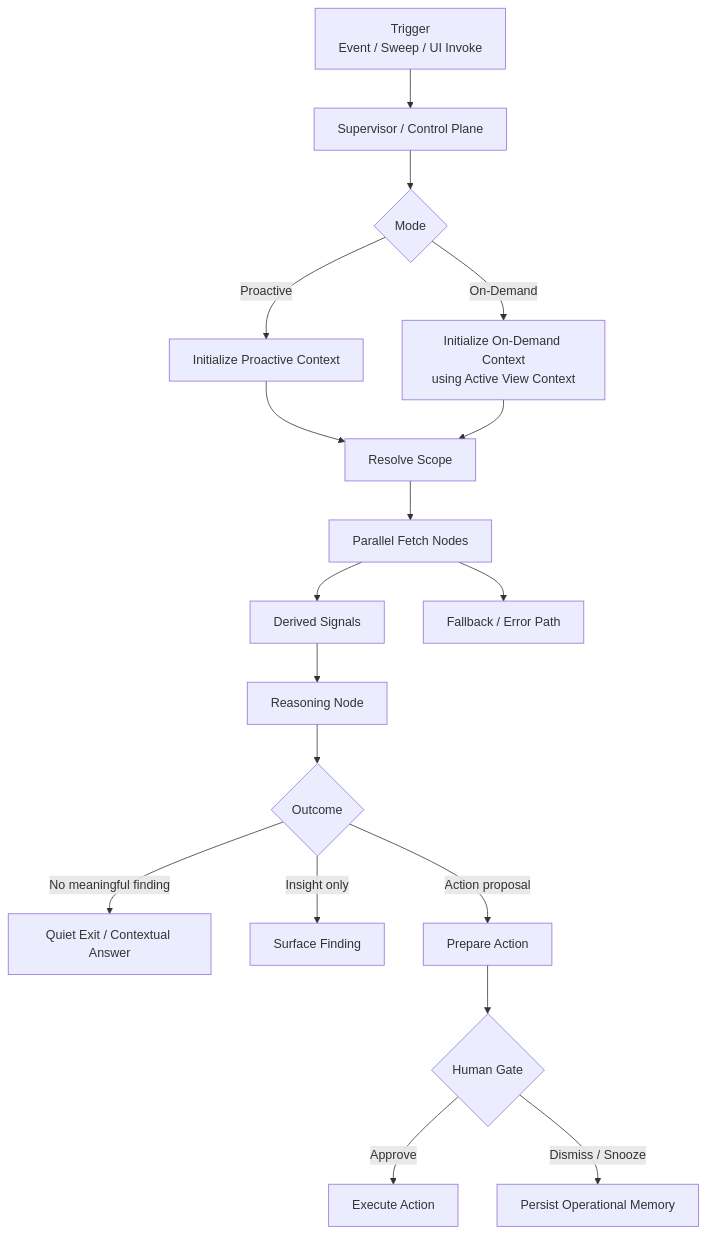
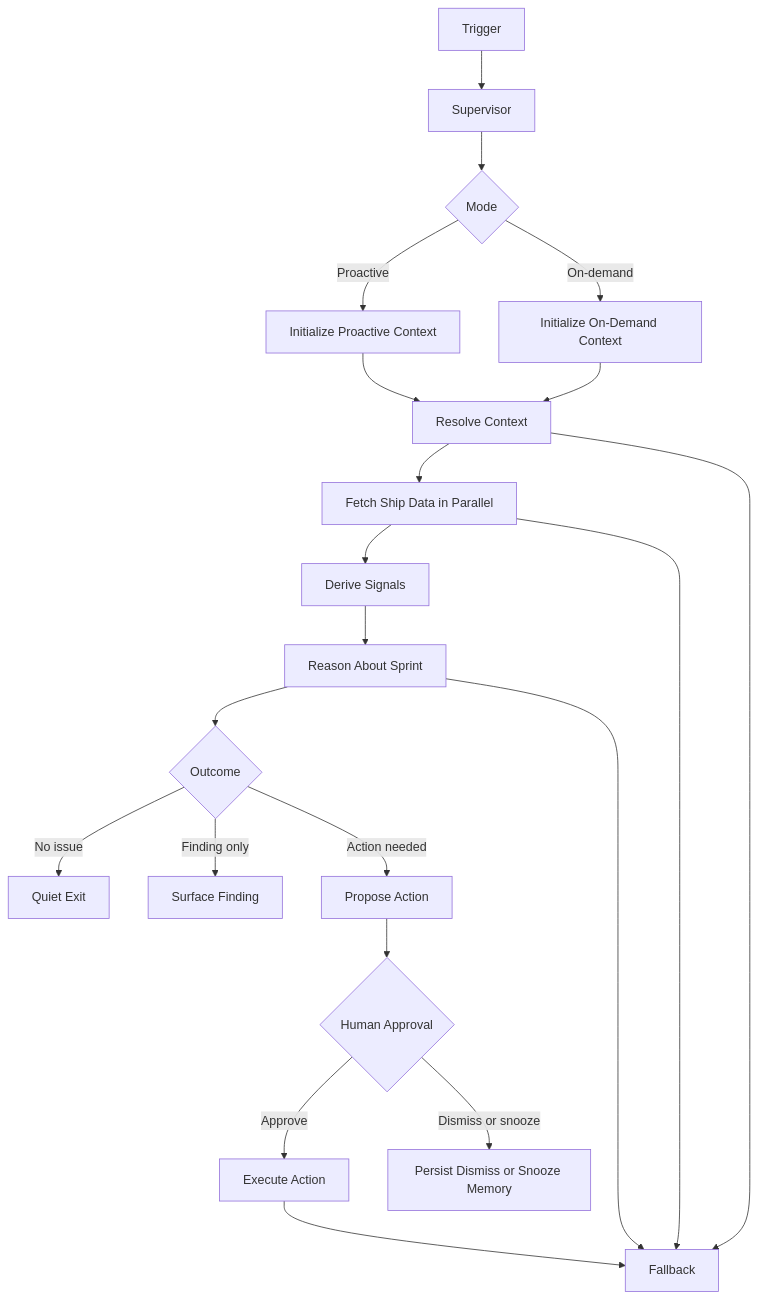
One commit to StefanoCaruso456/ShipShape_Gov changed the diagram in FLEETGRAPH.md. Above: the diagram before and after it, drawn with Mermaid.

Commit message:
Fix FleetGraph Mermaid diagram rendering

````diff
--- a/FLEETGRAPH.md
+++ b/FLEETGRAPH.md
@@ -287,26 +287,41 @@
 ```mermaid
 flowchart TD
-  A["Trigger<br/>Event / Sweep / UI Invoke"] --> B["Supervisor / Control Plane"]
-  B --> C{"Mode"}
+  A[Trigger]
+  B[Supervisor]
+  C{Mode}
+  D[Initialize Proactive Context]
+  E[Initialize On-Demand Context]
+  F[Resolve Context]
+  G[Fetch Ship Data in Parallel]
+  H[Derive Signals]
+  I[Reason About Sprint]
+  J{Outcome}
+  K[Quiet Exit]
+  L[Surface Finding]
+  M[Propose Action]
+  N{Human Approval}
+  O[Execute Action]
+  P[Persist Dismiss or Snooze Memory]
+  Q[Fallback]
 
-  C -->|"Proactive"| D["Initialize Proactive Context"]
-  C -->|"On-Demand"| E["Initialize On-Demand Context<br/>using Active View Context"]
-
-  D --> F["Resolve Scope"]
+  A --> B
+  B --> C
+  C -->|Proactive| D
+  C -->|On-demand| E
+  D --> F
   E --> F
-
-  F --> G["Parallel Fetch Nodes"]
-  G --> H["Derived Signals"]
-  H --> I["Reasoning Node"]
-
-  I --> J{"Outcome"}
-  J -->|"No meaningful finding"| K["Quiet Exit / Contextual Answer"]
-  J -->|"Insight only"| L["Surface Finding"]
-  J -->|"Action proposal"| M["Prepare Action"]
-
-  M --> N{"Human Gate"}
-  N -->|"Approve"| O["Execute Action"]
-  N -->|"Dismiss / Snooze"| P["Persist Operational Memory"]
-
-  G --> Q["Fallback / Error Path"]
+  F --> G
+  G --> H
+  H --> I
+  I --> J
+  J -->|No issue| K
+  J -->|Finding only| L
+  J -->|Action needed| M
+  M --> N
+  N -->|Approve| O
+  N -->|Dismiss or snooze| P
+  F --> Q
+  G --> Q
+  I --> Q
+  O --> Q
 ```
````
